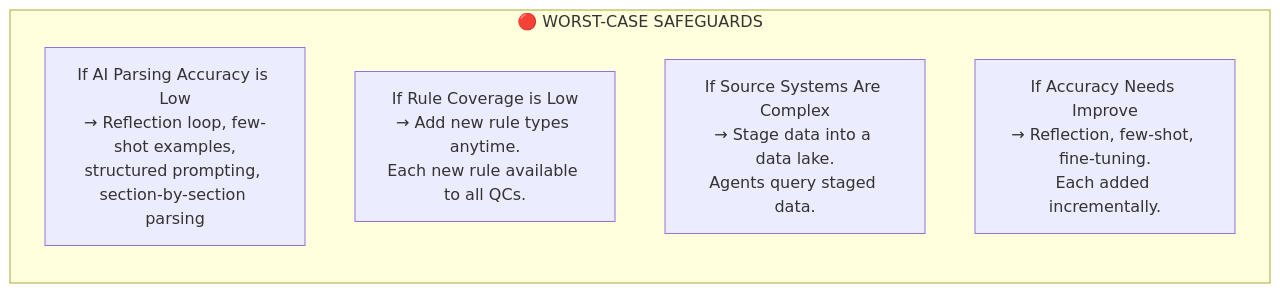
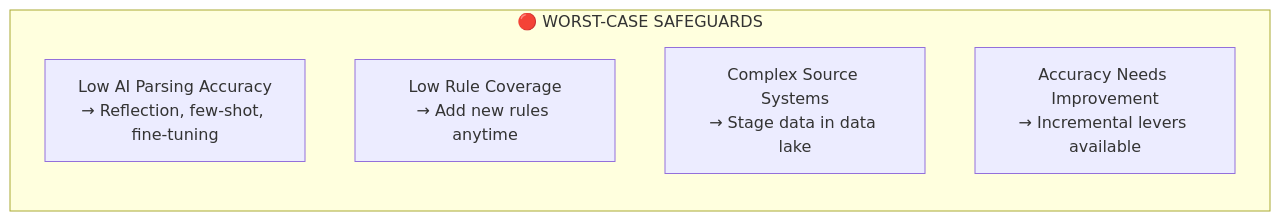
One commit to Praveen2795/Agentic-qc-automation changed the ninth of 9 diagrams in architecture-flowchart.md. Above: the diagram before and after it, drawn with Mermaid. The commit also changed other lines of this file, not shown here.

First line of the commit message:
Simplify all Mermaid flowcharts for clean rendering

````diff
--- a/architecture-flowchart.md
+++ b/architecture-flowchart.md
@@ -210,10 +217,10 @@
 ```mermaid
 flowchart TB
     subgraph SAFEGUARDS["🔴 WORST-CASE SAFEGUARDS"]
         direction TB
-        S1["If AI Parsing Accuracy is Low\n→ Reflection loop, few-shot examples,\nstructured prompting, section-by-section parsing"]
-        S2["If Rule Coverage is Low\n→ Add new rule types anytime.\nEach new rule available to all QCs."]
-        S3["If Source Systems Are Complex\n→ Stage data into a data lake.\nAgents query staged data."]
-        S4["If Accuracy Needs Improve\n→ Reflection, few-shot, fine-tuning.\nEach added incrementally."]
+        S1["Low AI Parsing Accuracy\n→ Reflection, few-shot, fine-tuning"]
+        S2["Low Rule Coverage\n→ Add new rules anytime"]
+        S3["Complex Source Systems\n→ Stage data in data lake"]
+        S4["Accuracy Needs Improvement\n→ Incremental levers available"]
     end
 ```
````
